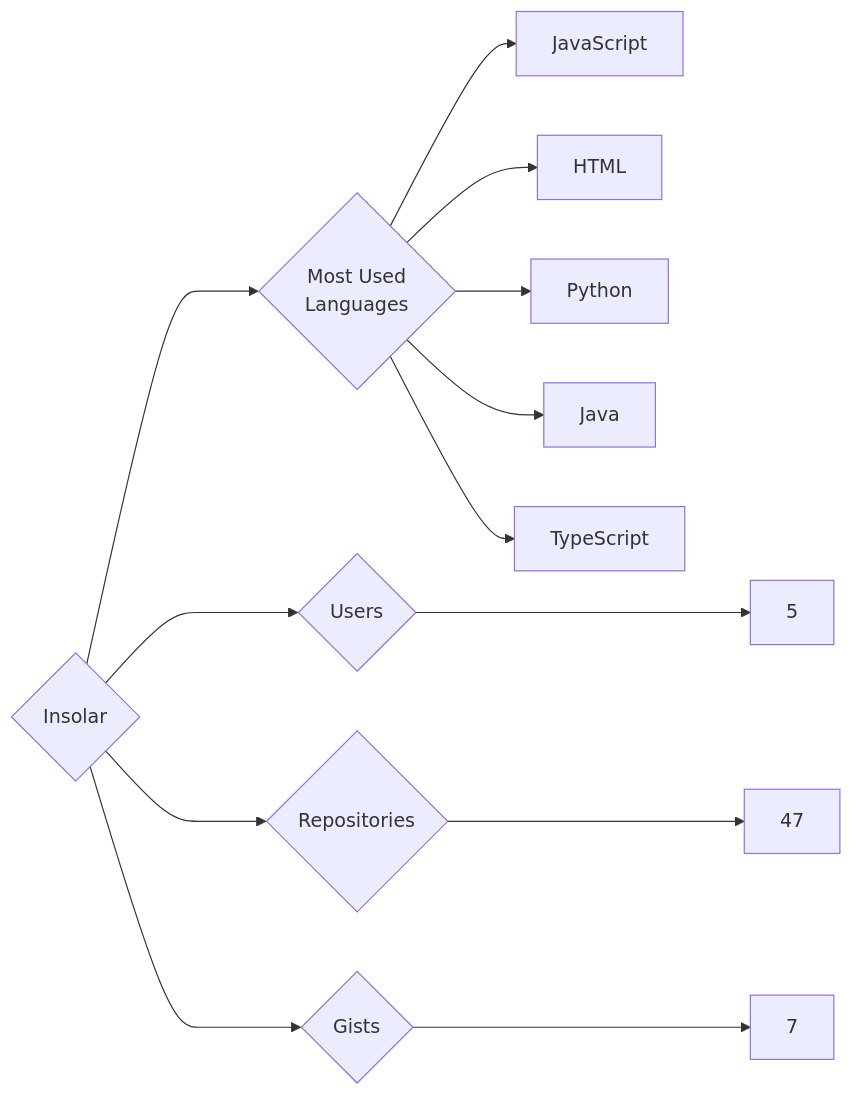
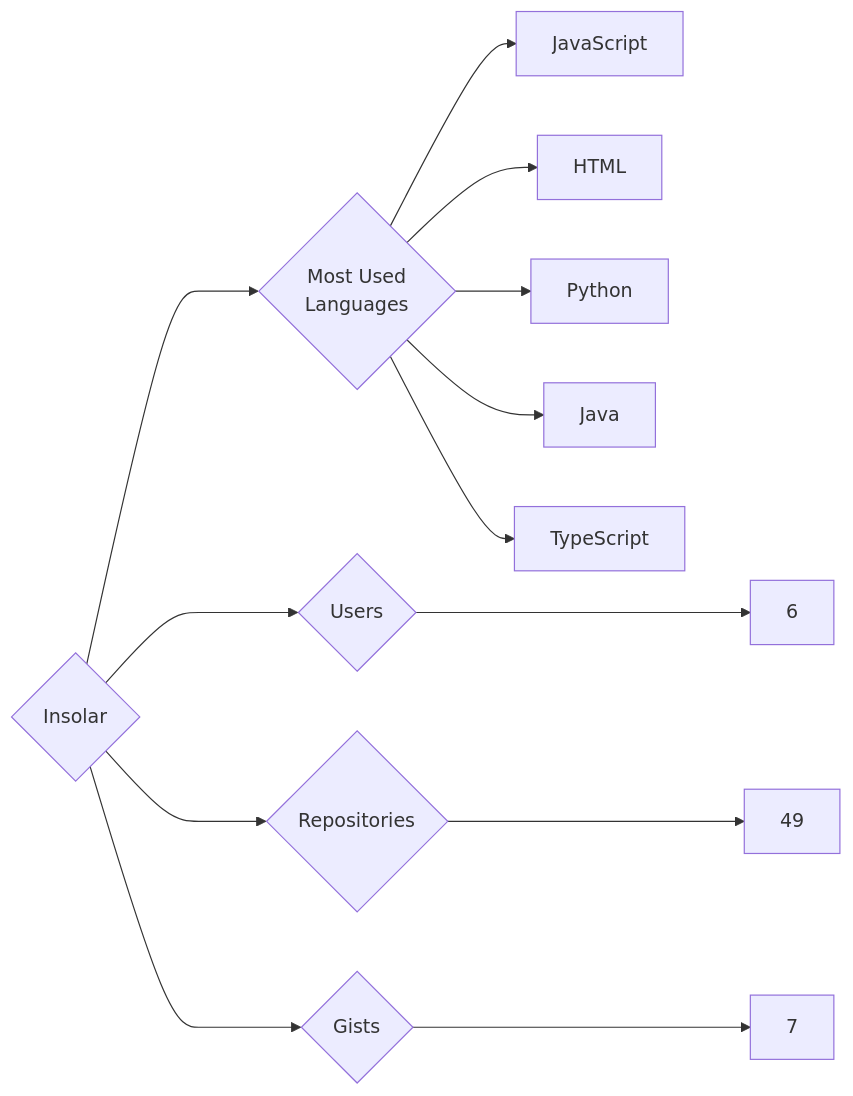
The diagram in targets/Insolar/README.md (trickest/insiders), drawn with Mermaid before and after one commit. The commit also changed 888 other files, not shown here.

````diff
--- a/targets/Insolar/README.md
+++ b/targets/Insolar/README.md
@@ -3,13 +3,13 @@
 ```mermaid
 graph LR
 COMPANY_NAME{Insolar}
-COMPANY_NAME ---> U{Users} ---> UN[5]
-COMPANY_NAME ---> R{Repositories} ---> RN[47]
+COMPANY_NAME ---> U{Users} ---> UN[6]
+COMPANY_NAME ---> R{Repositories} ---> RN[49]
 COMPANY_NAME ---> G{Gists} ---> GN[7]
 COMPANY_NAME ---> ML{Most Used<br>Languages}
 ML --> JavaScript[JavaScript]
 ML --> HTML[HTML]
 ML --> Python[Python]
 ML --> Java[Java]
 ML --> TypeScript[TypeScript]
 ```
````
